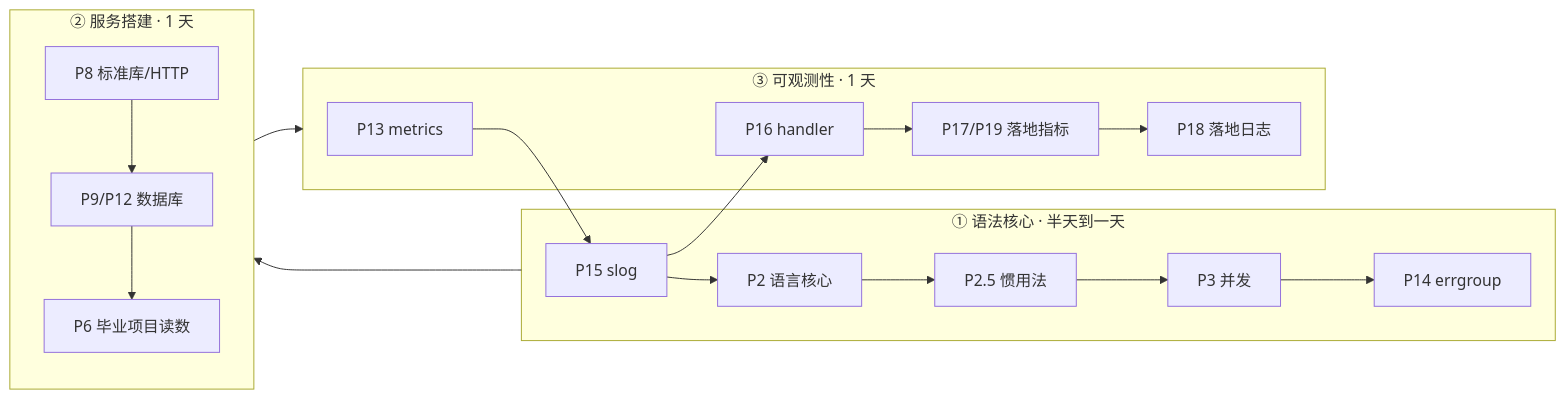
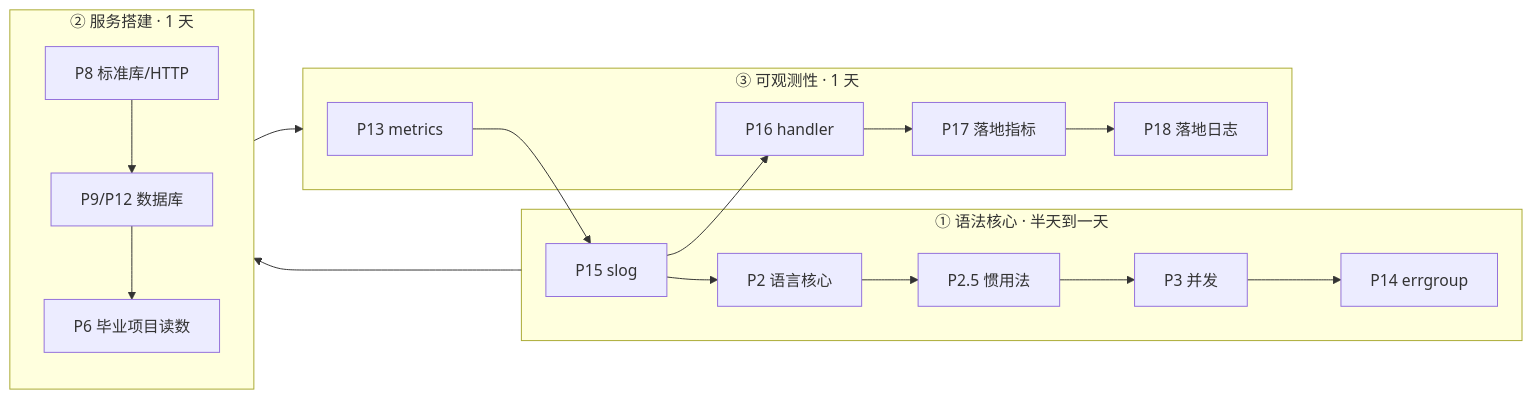
One commit to yumubi/golearn changed the diagram in README.md. Above: the diagram before and after it, drawn with Mermaid. The commit also changed 4 other files, not shown here.

````diff
--- a/README.md
+++ b/README.md
@@ -9,13 +9,13 @@
 ```mermaid
 flowchart LR
     subgraph S1["① 语法核心 · 半天到一天"]
         P15[P1.5 语法速通] --> P2[P2 语言核心] --> P25[P2.5 惯用法] --> P3[P3 并发] --> P14[P14 errgroup]
     end
     subgraph S2["② 服务搭建 · 1 天"]
         P8[P8 标准库/HTTP] --> P9["P9/P12 数据库"] --> P6[P6 毕业项目读数]
     end
     subgraph S3["③ 可观测性 · 1 天"]
-        P13[P13 metrics] --> P15[P15 slog] --> P16[P16 handler] --> P17[P17/P19 落地指标] --> P18[P18 落地日志]
+        P13[P13 metrics] --> P15[P15 slog] --> P16[P16 handler] --> P17[P17 落地指标] --> P18[P18 落地日志]
     end
     S1 --> S2 --> S3
 ```
````
